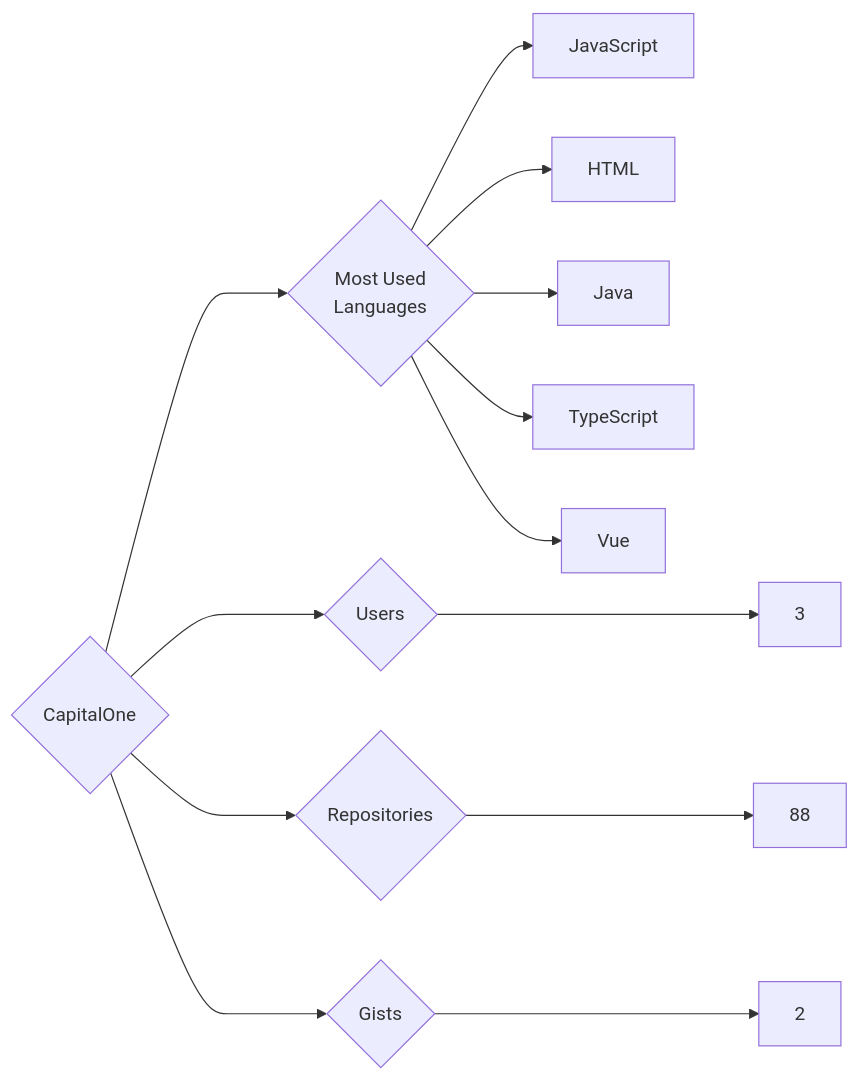
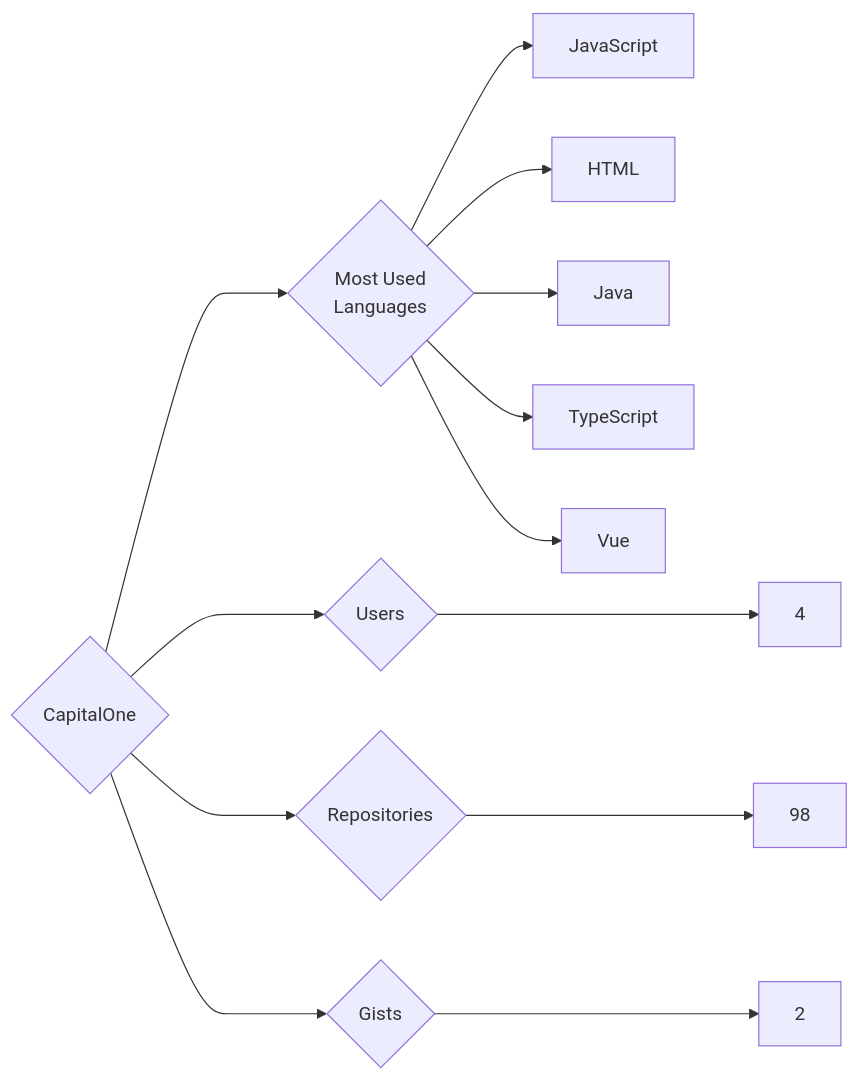
The diagram in targets/CapitalOne/README.md (trickest/insiders), drawn with Mermaid before and after one commit. The commit also changed 1149 other files, not shown here.

````diff
--- a/targets/CapitalOne/README.md
+++ b/targets/CapitalOne/README.md
@@ -3,13 +3,13 @@
 ```mermaid
 graph LR
 COMPANY_NAME{CapitalOne}
-COMPANY_NAME ---> U{Users} ---> UN[3]
-COMPANY_NAME ---> R{Repositories} ---> RN[88]
+COMPANY_NAME ---> U{Users} ---> UN[4]
+COMPANY_NAME ---> R{Repositories} ---> RN[98]
 COMPANY_NAME ---> G{Gists} ---> GN[2]
 COMPANY_NAME ---> ML{Most Used<br>Languages}
 ML --> JavaScript[JavaScript]
 ML --> HTML[HTML]
 ML --> Java[Java]
 ML --> TypeScript[TypeScript]
 ML --> Vue[Vue]
 ```
````
